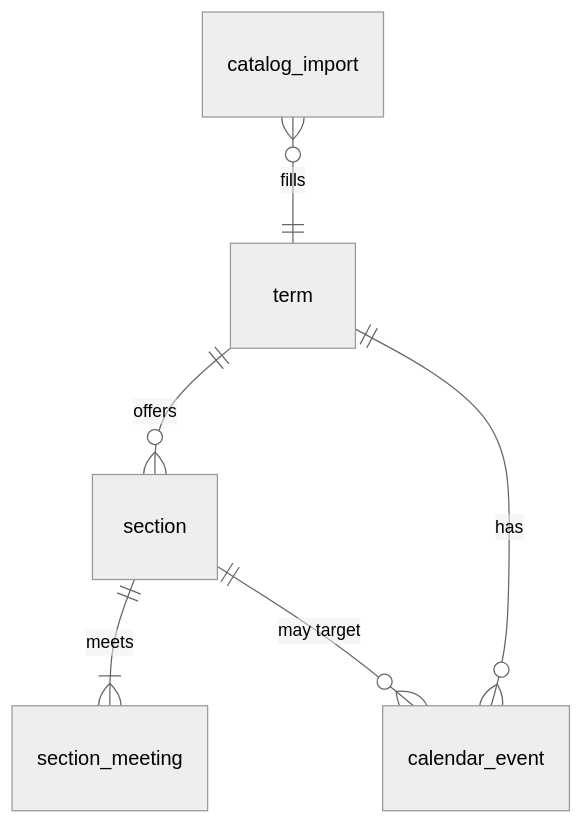
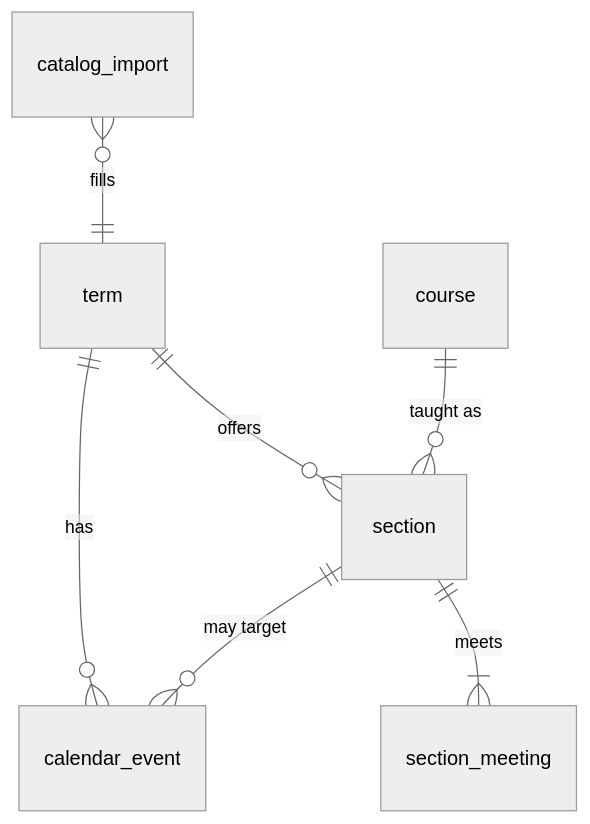
Before and after one commit to Ashfak-Hossain/pulse: the sixth of 11 diagrams in docs/plan/03-data-model.md, drawn with Mermaid (neutral theme). The commit also changed other lines of this file and 10 other files, not shown here.

````diff
--- a/docs/plan/03-data-model.md
+++ b/docs/plan/03-data-model.md
@@ -381,8 +381,9 @@
 ```mermaid
 erDiagram
   catalog_import }o--|| term : fills
+  course ||--o{ section : "taught as"
   term ||--o{ section : offers
   section ||--|{ section_meeting : meets
   term ||--o{ calendar_event : has
   section ||--o{ calendar_event : "may target"
 ```
````
